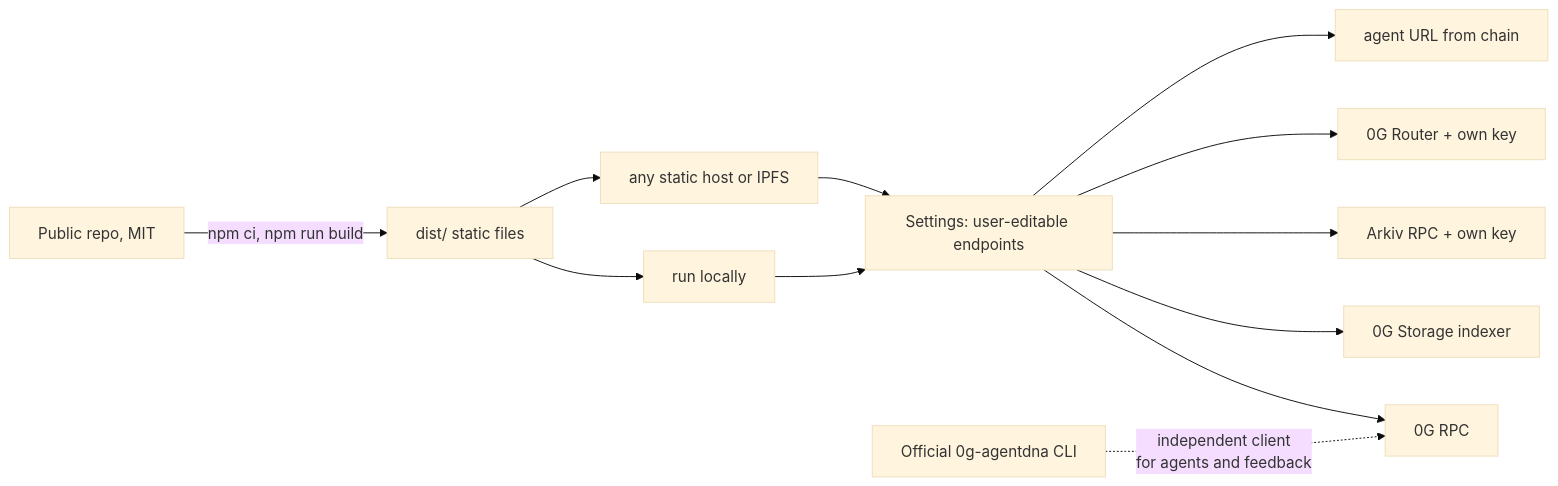
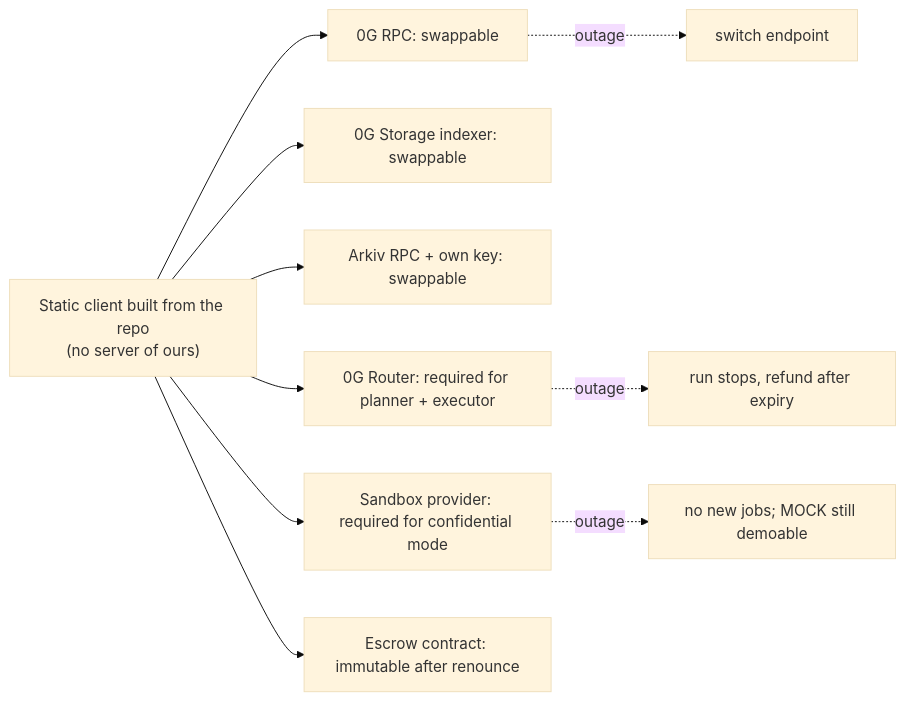
Before and after one commit to Soni-Shivam/Pivot_HTE: diagram 15 of 16 in docs/ARCHITECTURE.md, drawn with Mermaid (base theme). The commit also changed other lines of this file and 9 other files, not shown here.

First line of the commit message:
Revise plan after PR review: restore customization agent and two-party worker

````diff
--- a/docs/ARCHITECTURE.md
+++ b/docs/ARCHITECTURE.md
@@ -376,13 +414,12 @@
 ```mermaid
 flowchart LR
-    REPO["Public repo, MIT"] -- "npm ci, npm run build" --> DIST["dist/ static files"]
-    DIST --> LOCAL["run locally"]
-    DIST --> ANYHOST["any static host or IPFS"]
-    LOCAL & ANYHOST --> SET["Settings: user-editable endpoints"]
-    SET --> E1["0G RPC"]
-    SET --> E2["0G Storage indexer"]
-    SET --> E3["Arkiv RPC + own key"]
-    SET --> E4["0G Router + own key"]
-    SET --> E5["agent URL from chain"]
-    CLI2["Official 0g-agentdna CLI"] -. "independent client<br/>for agents and feedback" .-> E1
+    APP["Static client built from the repo<br/>(no server of ours)"] --> RPC["0G RPC: swappable"]
+    APP --> IDX["0G Storage indexer: swappable"]
+    APP --> AKR["Arkiv RPC + own key: swappable"]
+    APP --> RT["0G Router: required for planner + executor"]
+    APP --> SP["Sandbox provider: required for confidential mode"]
+    APP --> ESC["Escrow contract: immutable after renounce"]
+    RPC -. "outage" .-> F1["switch endpoint"]
+    RT -. "outage" .-> F2["run stops, refund after expiry"]
+    SP -. "outage" .-> F3["no new jobs; MOCK still demoable"]
 ```
````
